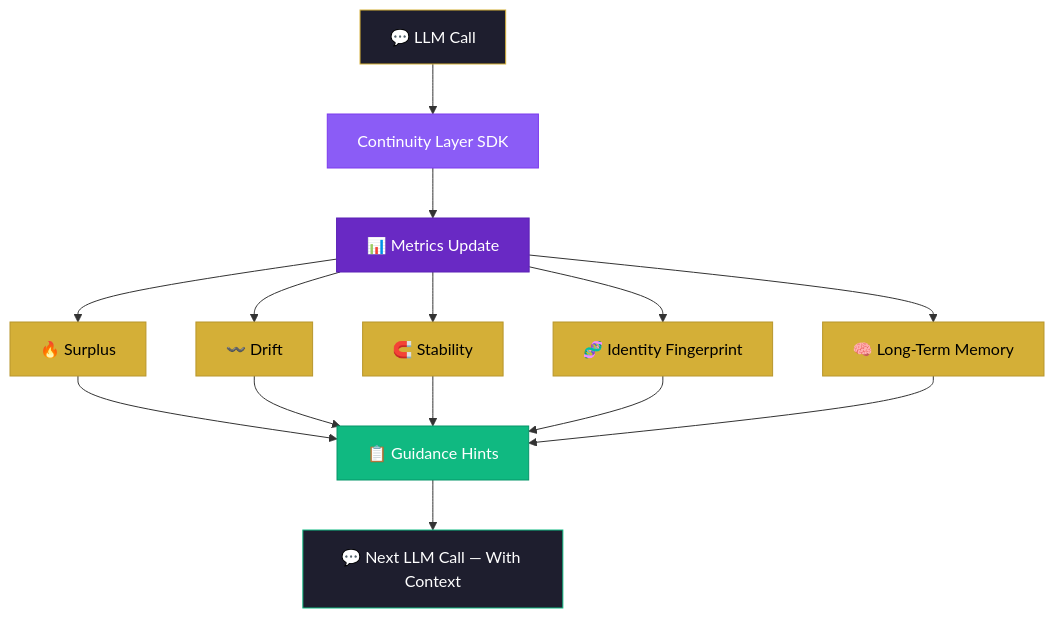
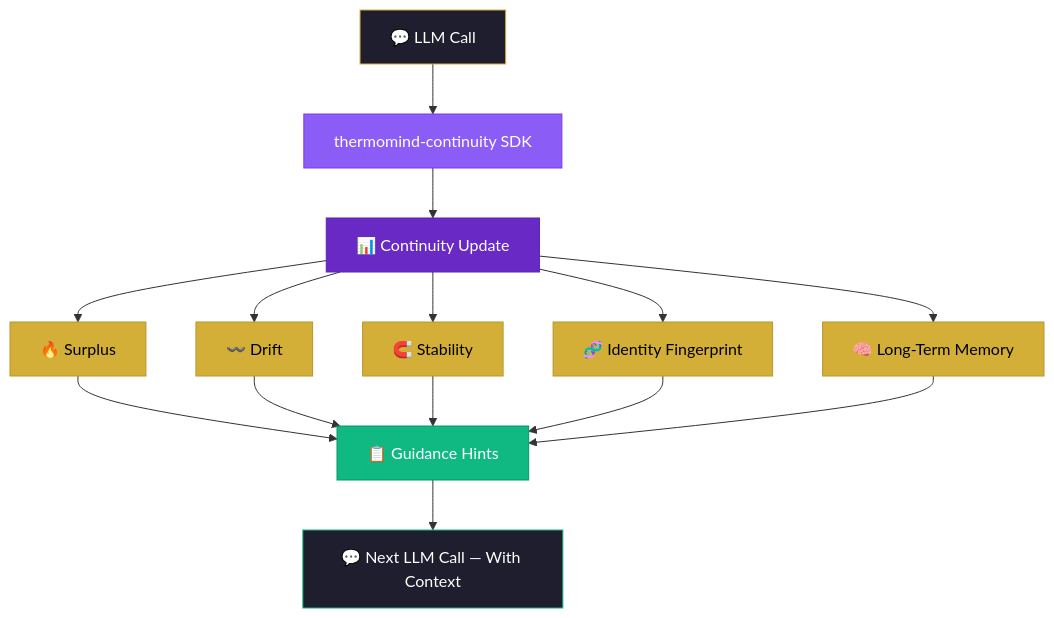
The diagram in README.md (nile-green-ai/thermomind-continuity), drawn with Mermaid before and after one commit. The commit also changed other lines of this file, not shown here.

````diff
--- a/README.md
+++ b/README.md
@@ -146,23 +145,23 @@
 ```mermaid
 graph TD
-    A["💬 LLM Call"] --> B["Continuity Layer SDK"]
-    B --> C["📊 Metrics Update"]
+    A["💬 LLM Call"] --> B["thermomind-continuity SDK"]
+    B --> C["📊 Continuity Update"]
     C --> D["🔥 Surplus"]
     C --> E["〰️ Drift"]
     C --> F["🧲 Stability"]
     C --> G["🧬 Identity Fingerprint"]
     C --> H["🧠 Long-Term Memory"]
     D & E & F & G & H --> I["📋 Guidance Hints"]
     I --> J["💬 Next LLM Call — With Context"]
 
     style A fill:#1e1e2e,stroke:#D4AF37,color:#fff
     style B fill:#8b5cf6,stroke:#7c3aed,color:#fff
     style C fill:#6929C4,stroke:#5b21b6,color:#fff
     style D fill:#D4AF37,stroke:#b8962c,color:#000
     style E fill:#D4AF37,stroke:#b8962c,color:#000
     style F fill:#D4AF37,stroke:#b8962c,color:#000
     style G fill:#D4AF37,stroke:#b8962c,color:#000
     style H fill:#D4AF37,stroke:#b8962c,color:#000
     style I fill:#10b981,stroke:#059669,color:#fff
     style J fill:#1e1e2e,stroke:#10b981,color:#fff
 ```
````
